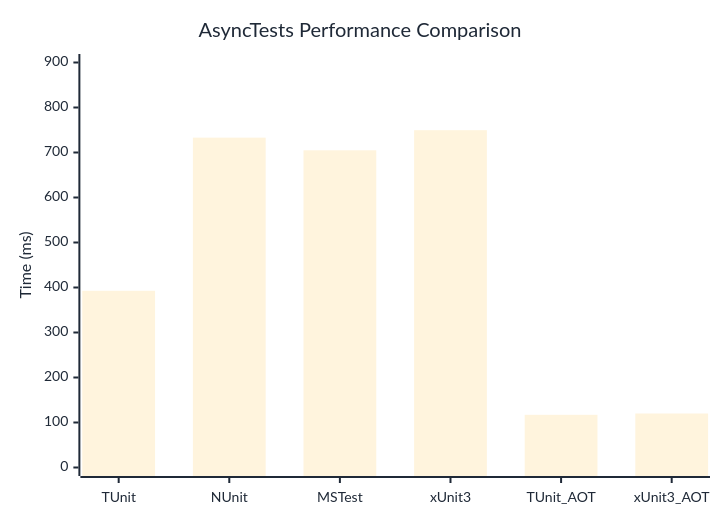
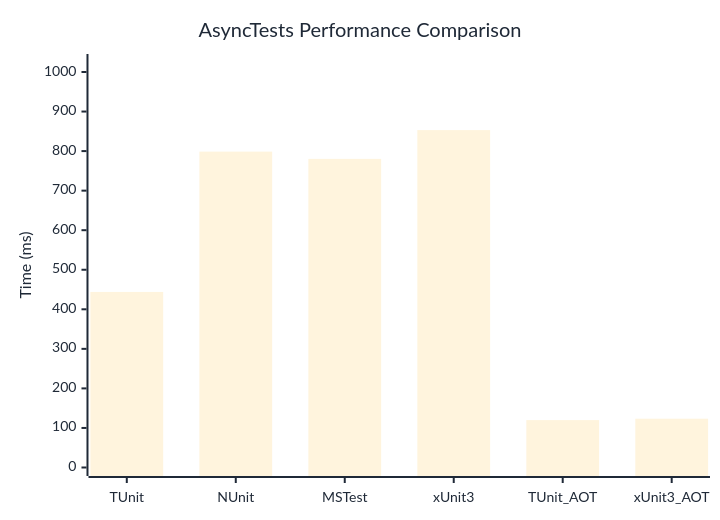
One commit to thomhurst/TUnit changed the diagram in docs/docs/benchmarks/engine/AsyncTests.md. Above: the diagram before and after it, drawn with Mermaid. The commit also changed other lines of this file and 18 other files, not shown here.

````diff
--- a/docs/docs/benchmarks/engine/AsyncTests.md
+++ b/docs/docs/benchmarks/engine/AsyncTests.md
@@ -30,37 +30,37 @@
 ```mermaid
 %%{init: {
   'theme':'base',
   'themeVariables': {
     'primaryColor': '#2563eb',
     'primaryTextColor': '#1f2937',
     'primaryBorderColor': '#1e40af',
     'lineColor': '#6b7280',
     'secondaryColor': '#7c3aed',
     'tertiaryColor': '#dc2626',
     'background': '#ffffff',
     'mainBkg': '#2563eb',
     'secondBkg': '#7c3aed',
     'tertiaryBkg': '#dc2626',
     'clusterBkg': '#f3f4f6',
     'edgeLabelBackground': '#ffffff',
     'tertiaryTextColor': '#1f2937',
     'pie1': '#2563eb',
     'pie2': '#7c3aed',
     'pie3': '#dc2626',
     'pie4': '#f59e0b',
     'pie5': '#10b981',
     'pie6': '#06b6d4',
     'pie7': '#ec4899',
     'pie8': '#6366f1',
     'pie9': '#84cc16',
     'pie10': '#f97316',
     'pie11': '#14b8a6',
     'pie12': '#a855f7'
   }
 }}%%
 xychart-beta
   title "AsyncTests Performance Comparison"
   x-axis ["TUnit", "NUnit", "MSTest", "xUnit3", "TUnit_AOT", "xUnit3_AOT"]
-  y-axis "Time (ms)" 0 --> 900
-  bar [392.7, 733, 704.9, 749.6, 117.1, 120]
+  y-axis "Time (ms)" 0 --> 1024
+  bar [443.9, 798.7, 780.3, 853.1, 119.8, 123.4]
 ```
````
